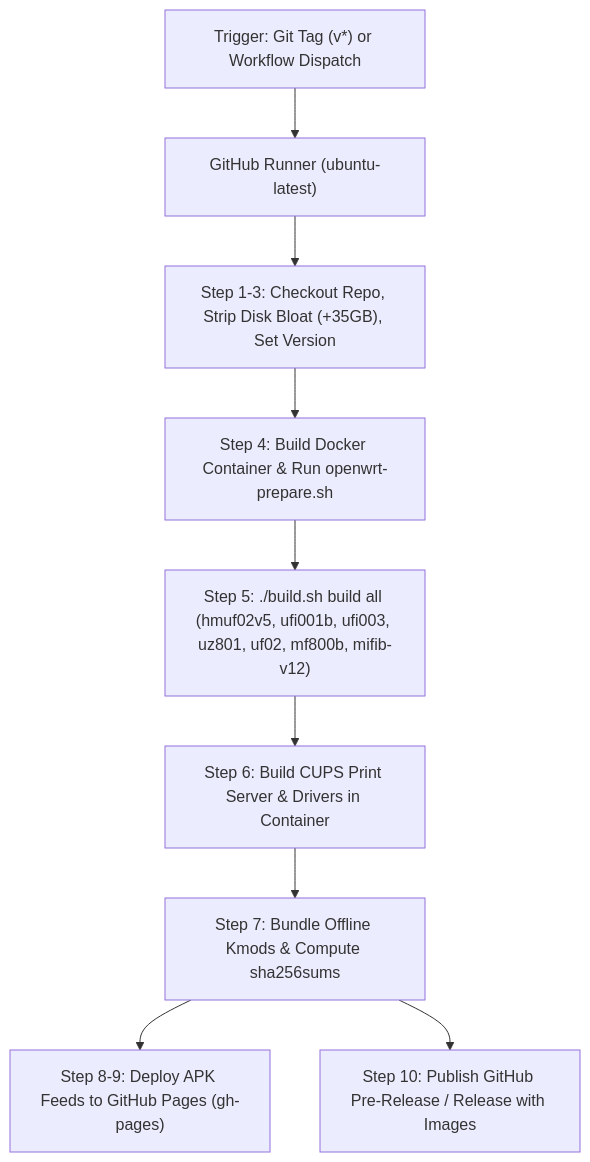
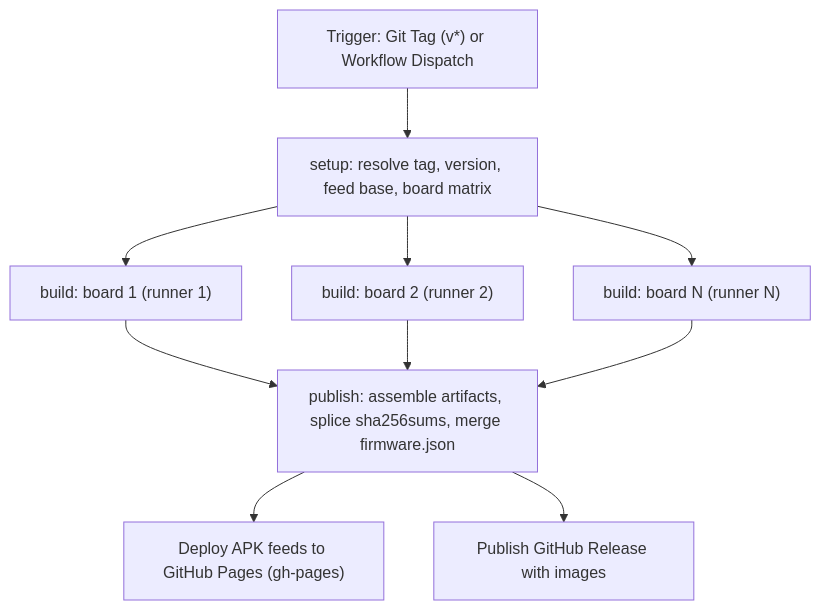
One commit to akbar-npj/msm8916-openwrt changed the diagram in Docs/Github Actions/README.md. Above: the diagram before and after it, drawn with Mermaid. The commit also changed other lines of this file and 6 other files, not shown here.

````diff
--- a/Docs/Github Actions/README.md
+++ b/Docs/Github Actions/README.md
@@ -11,11 +11,12 @@
 ```mermaid
 graph TD
-    A["Trigger: Git Tag (v*) or Workflow Dispatch"] --> B["GitHub Runner (ubuntu-latest)"]
-    B --> C["Step 1-3: Checkout Repo, Strip Disk Bloat (+35GB), Set Version"]
-    C --> D["Step 4: Build Docker Container & Run openwrt-prepare.sh"]
-    D --> E["Step 5: ./build.sh build all (hmuf02v5, ufi001b, ufi003, uz801, uf02, mf800b, mifib-v12)"]
-    E --> F["Step 6: Build CUPS Print Server & Drivers in Container"]
-    F --> G["Step 7: Bundle Offline Kmods & Compute sha256sums"]
-    G --> H["Step 8-9: Deploy APK Feeds to GitHub Pages (gh-pages)"]
-    G --> I["Step 10: Publish GitHub Pre-Release / Release with Images"]
+    A["Trigger: Git Tag (v*) or Workflow Dispatch"] --> S["setup: resolve tag, version, feed base, board matrix"]
+    S --> B1["build: board 1 (runner 1)"]
+    S --> B2["build: board 2 (runner 2)"]
+    S --> Bn["build: board N (runner N)"]
+    B1 --> P["publish: assemble artifacts, splice sha256sums, merge firmware.json"]
+    B2 --> P
+    Bn --> P
+    P --> H["Deploy APK feeds to GitHub Pages (gh-pages)"]
+    P --> I["Publish GitHub Release with images"]
 ```
````
